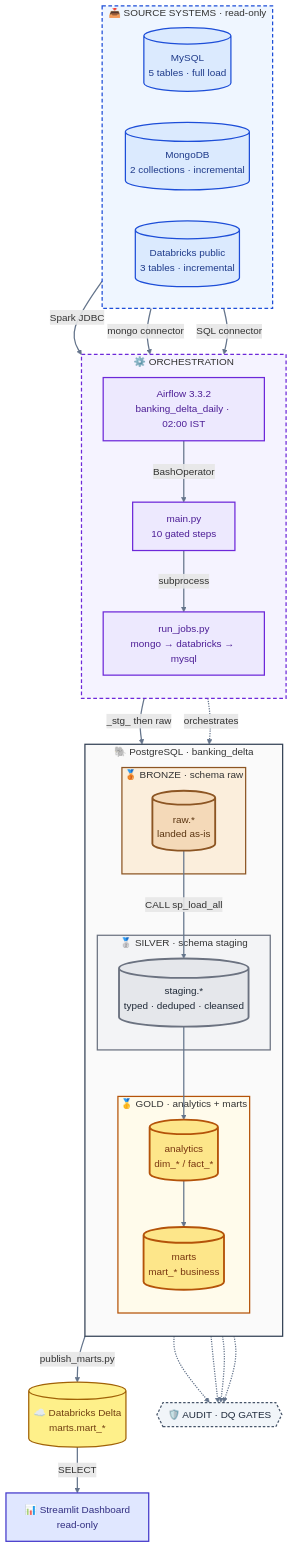
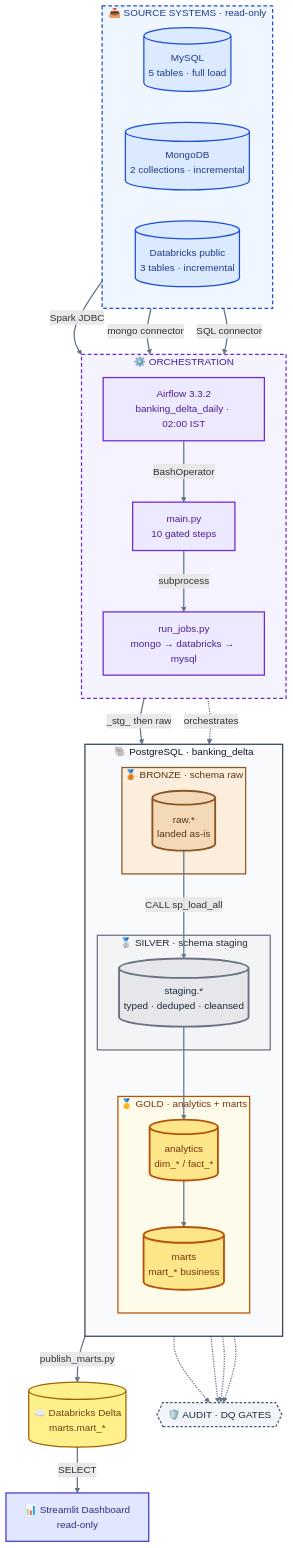
The diagram in README.md (Nitinx12/Banking-Delta-Lakehouse), drawn with Mermaid before and after one commit. The commit also changed other lines of this file, not shown here.

````diff
--- a/README.md
+++ b/README.md
@@ -107,12 +109,12 @@
     class DASH ui
     class AUD audit
 
-    style SRC fill:#eff6ff,stroke:#1d4ed8,stroke-width:2px,stroke-dasharray:6 4
-    style ORCH fill:#f5f3ff,stroke:#6d28d9,stroke-width:2px,stroke-dasharray:6 4
-    style PG fill:#fafafa,stroke:#334155,stroke-width:2px
-    style BRONZE fill:#fbeedc,stroke:#8c5523,stroke-width:2px
-    style SILVER fill:#f3f4f6,stroke:#6b7280,stroke-width:2px
-    style GOLD fill:#fffbeb,stroke:#b45309,stroke-width:2px
+    style SRC    fill:#eff6ff,stroke:#1d4ed8,stroke-width:2px,stroke-dasharray:6 4,color:#1e3a8a
+    style ORCH   fill:#f5f3ff,stroke:#6d28d9,stroke-width:2px,stroke-dasharray:6 4,color:#4c1d95
+    style PG     fill:#f8fafc,stroke:#334155,stroke-width:2px,color:#0f172a
+    style BRONZE fill:#fbeedc,stroke:#8c5523,stroke-width:2px,color:#5a3410
+    style SILVER fill:#f3f4f6,stroke:#6b7280,stroke-width:2px,color:#1f2937
+    style GOLD   fill:#fffbeb,stroke:#b45309,stroke-width:2px,color:#78350f
 
     linkStyle default stroke:#64748b,stroke-width:2px
 ```
````
